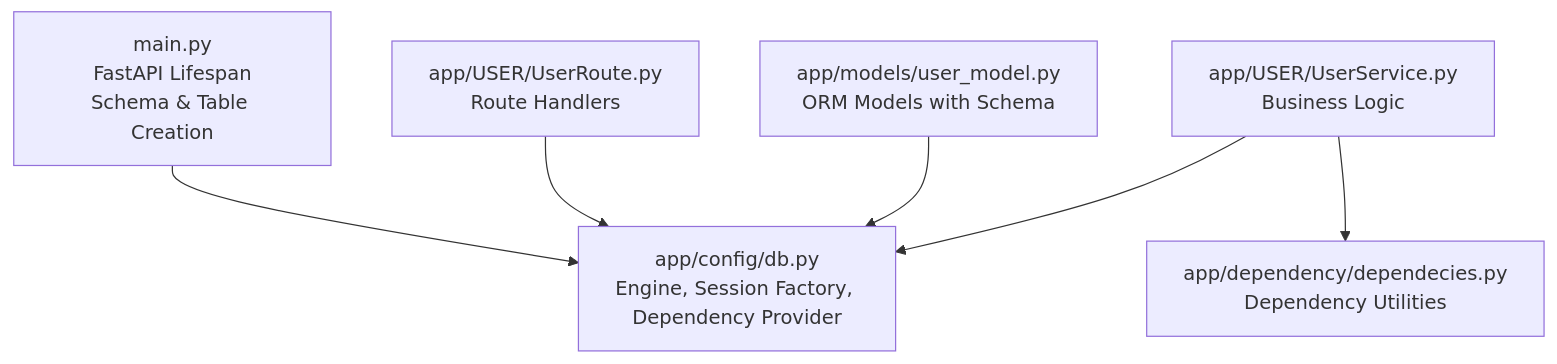
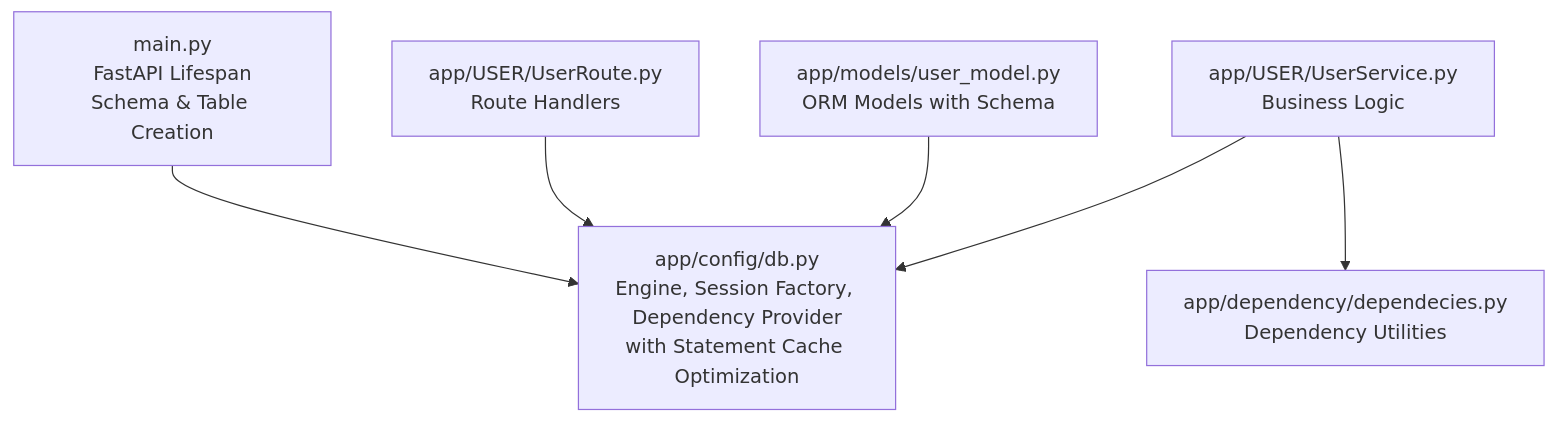
The first of 9 diagrams in .qoder/repowiki/en/content/Advanced Topics/Database Configuration and Connection Management.md (srikant-panda/auth-service), drawn with Mermaid before and after one commit. The commit also changed other lines of this file and 19 other files, not shown here.

````diff
--- a/.qoder/repowiki/en/content/Advanced Topics/Database Configuration and Connection Management.md
+++ b/.qoder/repowiki/en/content/Advanced Topics/Database Configuration and Connection Management.md
@@ -36,14 +43,14 @@
 ```mermaid
 graph TB
-Config["app/config/db.py<br/>Engine, Session Factory, Dependency Provider"]
+Config["app/config/db.py<br/>Engine, Session Factory, Dependency Provider<br/>with Statement Cache Optimization"]
 Main["main.py<br/>FastAPI Lifespan<br/>Schema & Table Creation"]
 Models["app/models/user_model.py<br/>ORM Models with Schema"]
 Routes["app/USER/UserRoute.py<br/>Route Handlers"]
 Services["app/USER/UserService.py<br/>Business Logic"]
 Deps["app/dependency/dependecies.py<br/>Dependency Utilities"]
 Main --> Config
 Routes --> Config
 Services --> Config
 Services --> Deps
 Models --> Config
 ```
````
